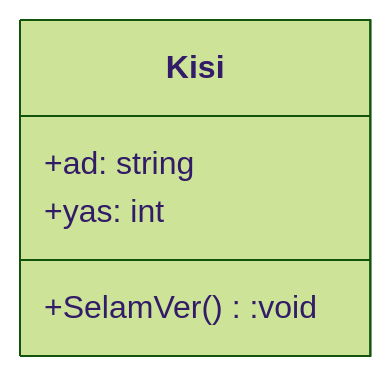
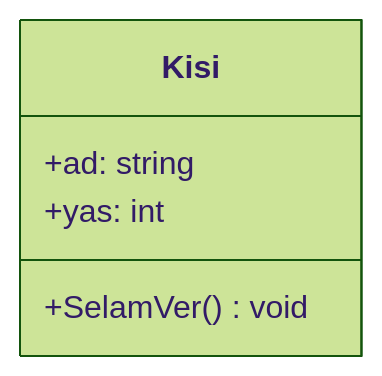
One commit to ibrahimayaz/Nesne-Yonelimli-Programlama-2025 changed the diagram in Hafta01/README.md. Above: the diagram before and after it, drawn with Mermaid (forest theme).

Commit message:
Fix method signature in class diagram

````diff
--- a/Hafta01/README.md
+++ b/Hafta01/README.md
@@ -55,8 +55,8 @@
 ```mermaid
 classDiagram
     class Kisi {
       +ad: string
       +yas: int
-      +SelamVer():void
+      +SelamVer() void
     }
 ```
````
